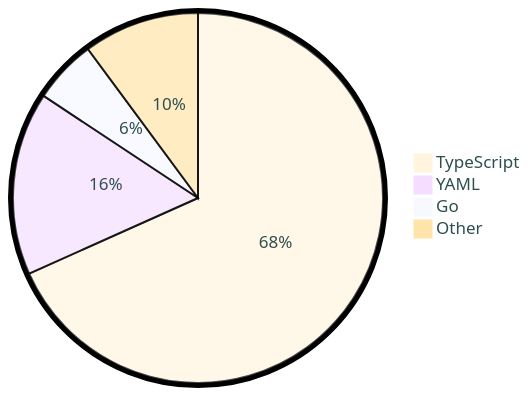
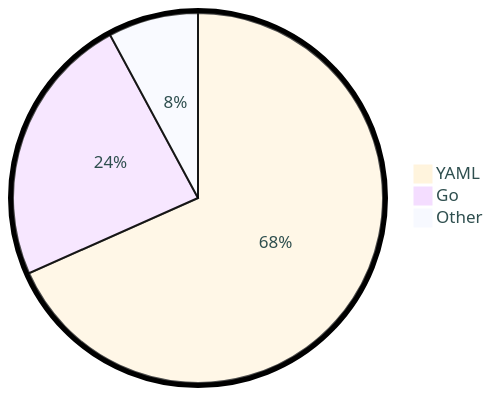
Before and after one commit to tot0p/tot0p: the diagram in README.md, drawn with Mermaid. The commit also changed other lines of this file, not shown here.

````diff
--- a/README.md
+++ b/README.md
@@ -122,8 +119,7 @@
 ```mermaid
 %%{init: {"pie": {"textPosition": 0.5}, "themeVariables": {"pieOuterStrokeWidth": "5px","primaryTextColor" : "#2F4F4F"},"theme":"base"} }%%
 pie
-	"TypeScript": 68.3
-	"YAML": 16.0
-	"Go": 5.57
-	"Other": 10.129999999999999
+	"YAML": 68.34
+	"Go": 23.8
+	"Other": 7.869999999999999
 ```
````
